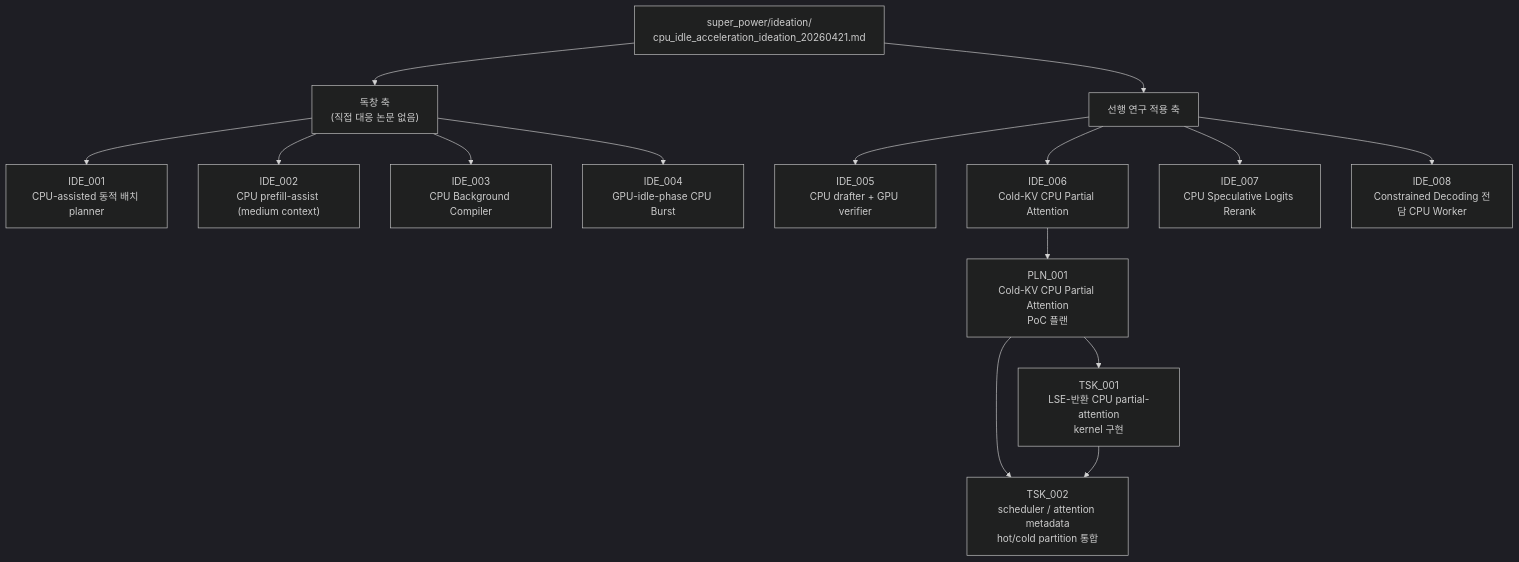
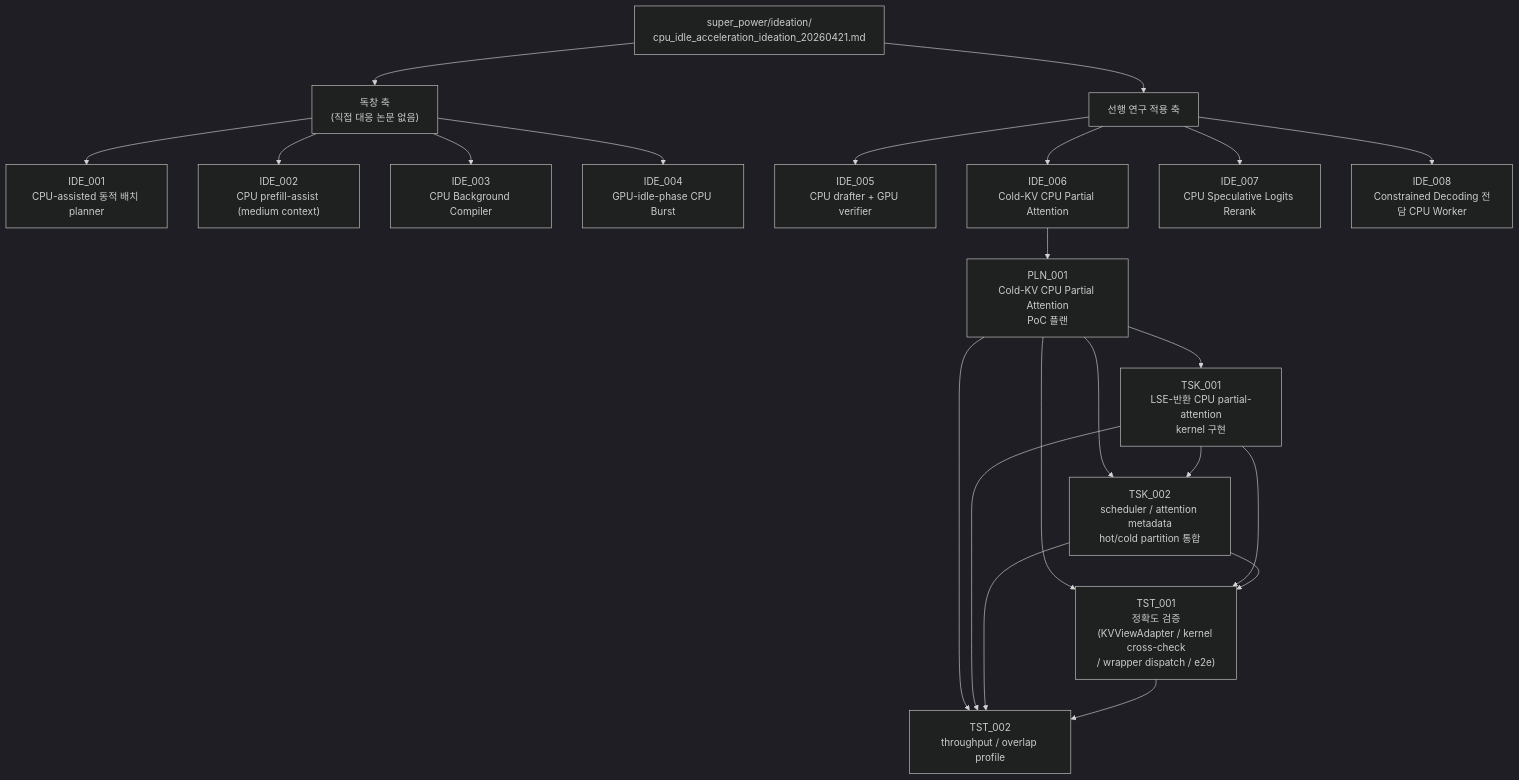
Before and after one commit to mystous/vllm_hybrid: the diagram in shadow_assists/README.md, drawn with Mermaid (dark theme). The commit also changed 7 other files, not shown here.

````diff
--- a/shadow_assists/README.md
+++ b/shadow_assists/README.md
@@ -140,24 +140,31 @@
 ```mermaid
 flowchart TB
     ROOT["super_power/ideation/<br/>cpu_idle_acceleration_ideation_20260421.md"]
 
     ROOT --> AXIS_A["독창 축<br/>(직접 대응 논문 없음)"]
     ROOT --> AXIS_B["선행 연구 적용 축"]
 
     AXIS_A --> IDE_001["IDE_001<br/>CPU-assisted 동적 배치 planner"]
     AXIS_A --> IDE_002["IDE_002<br/>CPU prefill-assist (medium context)"]
     AXIS_A --> IDE_003["IDE_003<br/>CPU Background Compiler"]
     AXIS_A --> IDE_004["IDE_004<br/>GPU-idle-phase CPU Burst"]
 
     AXIS_B --> IDE_005["IDE_005<br/>CPU drafter + GPU verifier"]
     AXIS_B --> IDE_006["IDE_006<br/>Cold-KV CPU Partial Attention"]
     AXIS_B --> IDE_007["IDE_007<br/>CPU Speculative Logits Rerank"]
     AXIS_B --> IDE_008["IDE_008<br/>Constrained Decoding 전담 CPU Worker"]
 
     IDE_006 --> PLN_001["PLN_001<br/>Cold-KV CPU Partial Attention<br/>PoC 플랜"]
 
     PLN_001 --> TSK_001["TSK_001<br/>LSE-반환 CPU partial-attention<br/>kernel 구현"]
     PLN_001 --> TSK_002["TSK_002<br/>scheduler / attention metadata<br/>hot/cold partition 통합"]
+    PLN_001 --> TST_001["TST_001<br/>정확도 검증<br/>(KVViewAdapter / kernel cross-check<br/>/ wrapper dispatch / e2e)"]
+    PLN_001 --> TST_002["TST_002<br/>throughput / overlap profile"]
 
     TSK_001 --> TSK_002
+    TSK_001 --> TST_001
+    TSK_002 --> TST_001
+    TSK_001 --> TST_002
+    TSK_002 --> TST_002
+    TST_001 --> TST_002
 ```
````
